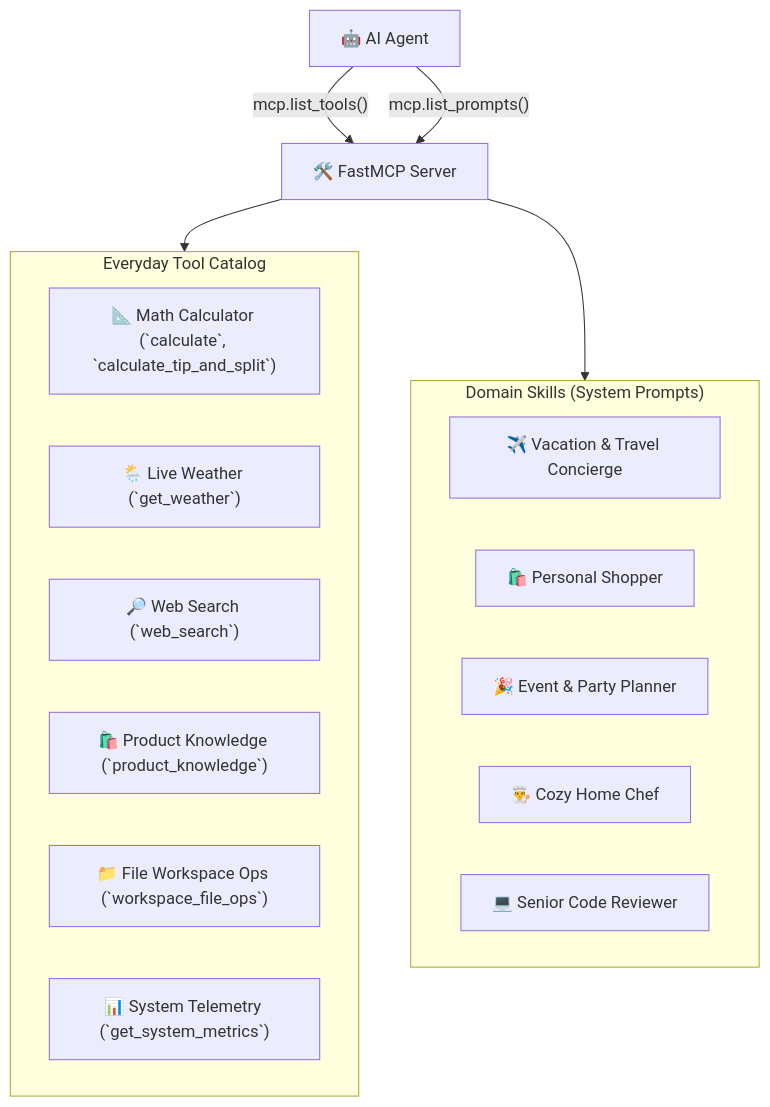
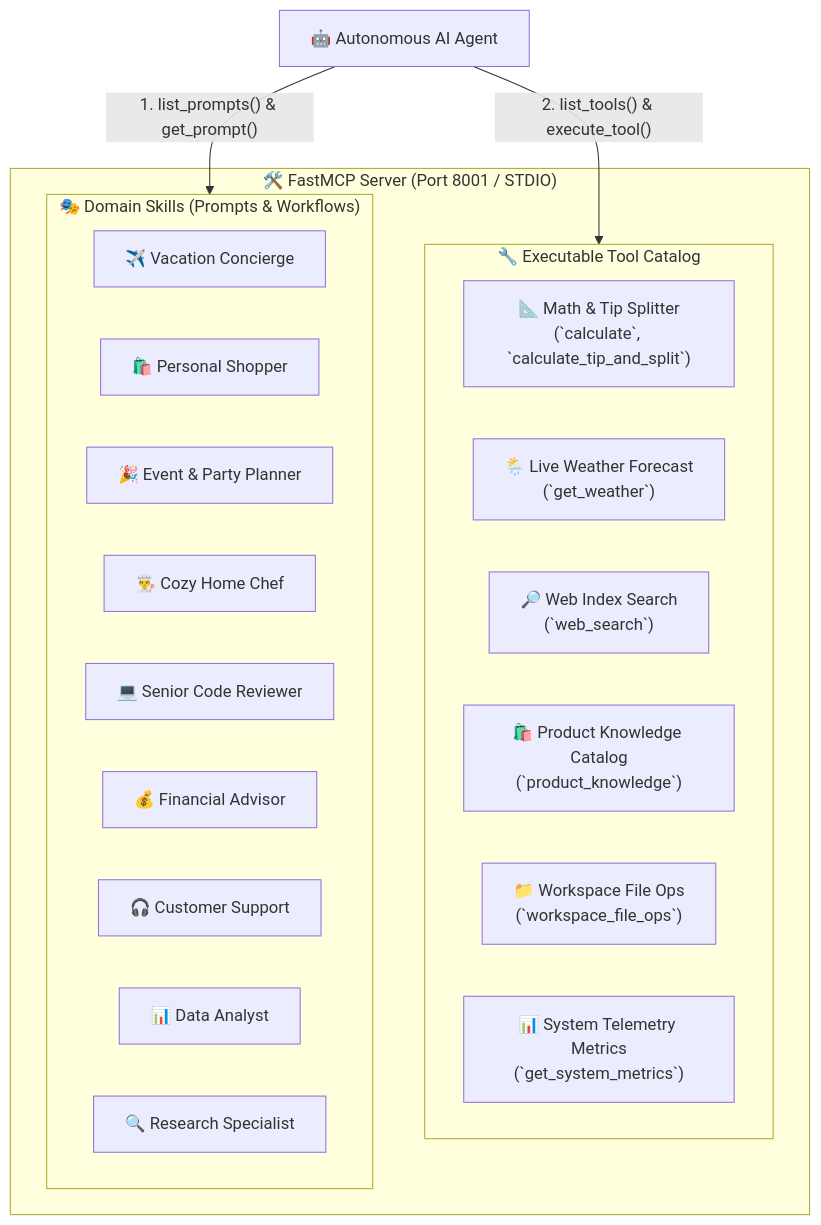
Before and after one commit to vdonthireddy/agentic-ai: the third of 7 diagrams in BUILD_YOUR_OWN_AGENTIC_AI.md, drawn with Mermaid. The commit also changed other lines of this file, not shown here.

````diff
--- a/BUILD_YOUR_OWN_AGENTIC_AI.md
+++ b/BUILD_YOUR_OWN_AGENTIC_AI.md
@@ -180,25 +188,28 @@
 ```mermaid
 flowchart TD
-    Agent["🤖 AI Agent"] -->|"mcp.list_tools()"| MCPServer["🛠️ FastMCP Server"]
-    Agent -->|"mcp.list_prompts()"| MCPServer
-    
-    subgraph ToolCatalog["Everyday Tool Catalog"]
-        T1["📐 Math Calculator (`calculate`, `calculate_tip_and_split`)"]
-        T2["🌦️ Live Weather (`get_weather`)"]
-        T3["🔎 Web Search (`web_search`)"]
-        T4["🛍️ Product Knowledge (`product_knowledge`)"]
-        T5["📁 File Workspace Ops (`workspace_file_ops`)"]
-        T6["📊 System Telemetry (`get_system_metrics`)"]
+    subgraph MCPServer["🛠️ FastMCP Server (Port 8001 / STDIO)"]
+        subgraph ToolsDomain["🔧 Executable Tool Catalog"]
+            T1["📐 Math & Tip Splitter<br/>(`calculate`, `calculate_tip_and_split`)"]
+            T2["🌦️ Live Weather Forecast<br/>(`get_weather`)"]
+            T3["🔎 Web Index Search<br/>(`web_search`)"]
+            T4["🛍️ Product Knowledge Catalog<br/>(`product_knowledge`)"]
+            T5["📁 Workspace File Ops<br/>(`workspace_file_ops`)"]
+            T6["📊 System Telemetry Metrics<br/>(`get_system_metrics`)"]
+        end
+
+        subgraph SkillsDomain["🎭 Domain Skills (Prompts & Workflows)"]
+            S1["✈️ Vacation Concierge"]
+            S2["🛍️ Personal Shopper"]
+            S3["🎉 Event & Party Planner"]
+            S4["👨‍🍳 Cozy Home Chef"]
+            S5["💻 Senior Code Reviewer"]
+            S6["💰 Financial Advisor"]
+            S7["🎧 Customer Support"]
+            S8["📊 Data Analyst"]
+            S9["🔍 Research Specialist"]
+        end
     end
 
-    subgraph SkillPrompts["Domain Skills (System Prompts)"]
-        S1["✈️ Vacation & Travel Concierge"]
-        S2["🛍️ Personal Shopper"]
-        S3["🎉 Event & Party Planner"]
-        S4["👨‍🍳 Cozy Home Chef"]
-        S5["💻 Senior Code Reviewer"]
-    end
-
-    MCPServer --> ToolCatalog
-    MCPServer --> SkillPrompts
+    Agent["🤖 Autonomous AI Agent"] -->|"1. list_prompts() & get_prompt()"| SkillsDomain
+    Agent -->|"2. list_tools() & execute_tool()"| ToolsDomain
 ```
````
